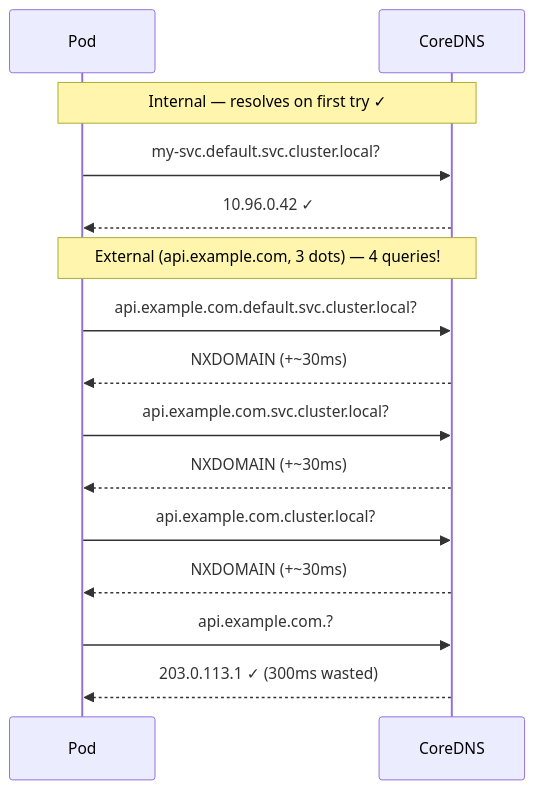
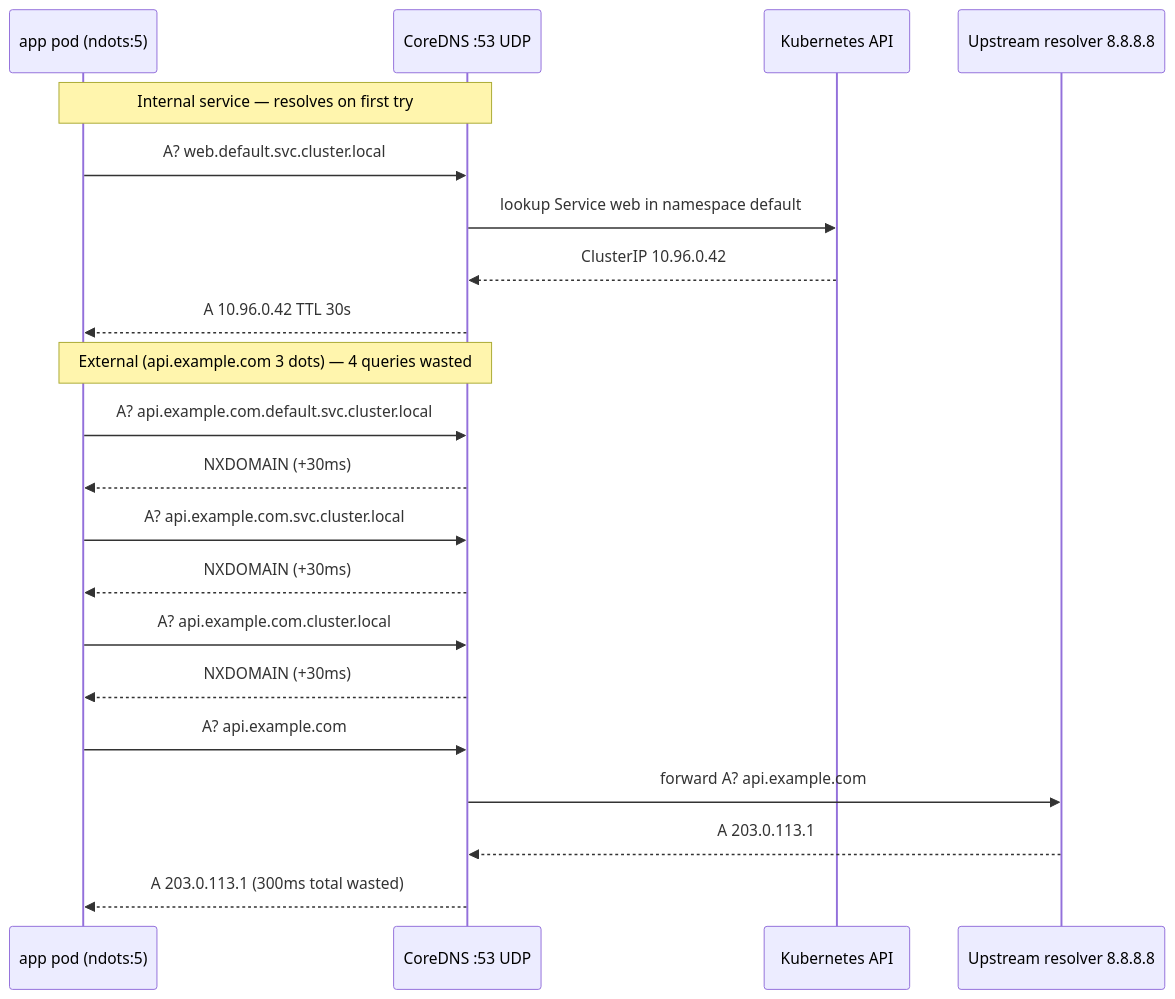
The second of 2 diagrams in lessons/14-coredns-service-discovery.md (MykolaLebid/Kubernetes_networking_engineering), drawn with Mermaid before and after one commit. The commit also changed other lines of this file and 35 other files, not shown here.

First line of the commit message:
Restructure all 34 lessons: Theory/Practice split, richer diagrams, industry examples, navigation

````diff
--- a/lessons/14-coredns-service-discovery.md
+++ b/lessons/14-coredns-service-discovery.md
@@ -59,18 +52,24 @@
 ```mermaid
 sequenceDiagram
-    participant P as Pod
-    participant C as CoreDNS
-    Note over P,C: Internal — resolves on first try ✓
-    P->>C: my-svc.default.svc.cluster.local?
-    C-->>P: 10.96.0.42 ✓
+    participant P as app pod (ndots:5)
+    participant C as CoreDNS :53 UDP
+    participant K as Kubernetes API
+    participant U as Upstream resolver 8.8.8.8
+    Note over P,C: Internal service — resolves on first try
+    P->>C: A? web.default.svc.cluster.local
+    C->>K: lookup Service web in namespace default
+    K-->>C: ClusterIP 10.96.0.42
+    C-->>P: A 10.96.0.42 TTL 30s
 
-    Note over P,C: External (api.example.com, 3 dots) — 4 queries!
-    P->>C: api.example.com.default.svc.cluster.local?
-    C-->>P: NXDOMAIN (+~30ms)
-    P->>C: api.example.com.svc.cluster.local?
-    C-->>P: NXDOMAIN (+~30ms)
-    P->>C: api.example.com.cluster.local?
-    C-->>P: NXDOMAIN (+~30ms)
-    P->>C: api.example.com.?
-    C-->>P: 203.0.113.1 ✓ (300ms wasted)
+    Note over P,C: External (api.example.com 3 dots) — 4 queries wasted
+    P->>C: A? api.example.com.default.svc.cluster.local
+    C-->>P: NXDOMAIN (+30ms)
+    P->>C: A? api.example.com.svc.cluster.local
+    C-->>P: NXDOMAIN (+30ms)
+    P->>C: A? api.example.com.cluster.local
+    C-->>P: NXDOMAIN (+30ms)
+    P->>C: A? api.example.com
+    C->>U: forward A? api.example.com
+    U-->>C: A 203.0.113.1
+    C-->>P: A 203.0.113.1 (300ms total wasted)
 ```
````
